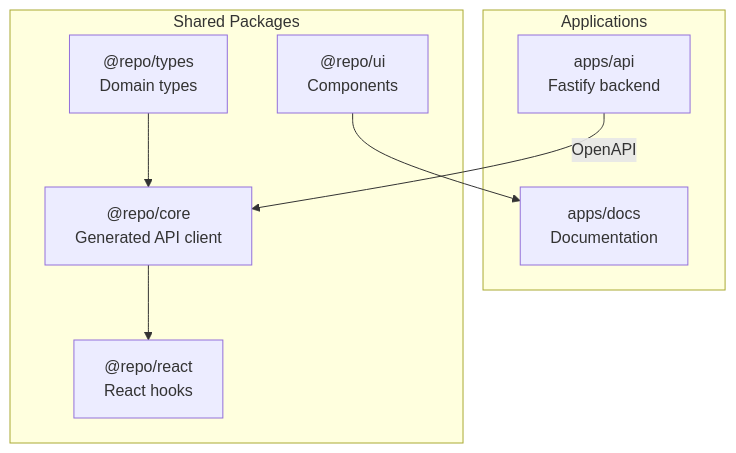
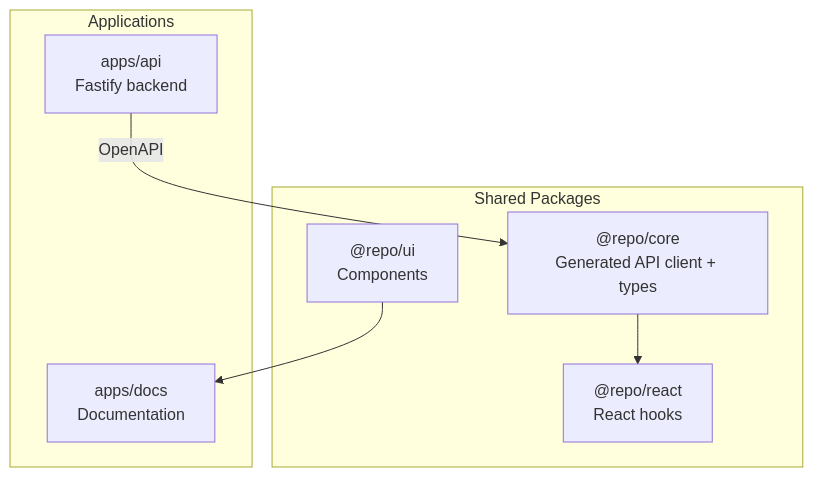
The diagram in apps/docs/content/docs/getting-started.mdx (blockmatic/basilic-evm), drawn with Mermaid before and after one commit. The commit also changed other lines of this file and 36 other files, not shown here.

Commit message:
refactor: schema workflow

````diff
--- a/apps/docs/content/docs/getting-started.mdx
+++ b/apps/docs/content/docs/getting-started.mdx
@@ -65,19 +65,17 @@
 ```mermaid
 flowchart TB
   subgraph Apps["Applications"]
     API["apps/api<br/>Fastify backend"]
     Docs["apps/docs<br/>Documentation"]
   end
 
   subgraph Packages["Shared Packages"]
-    Types["@repo/types<br/>Domain types"]
-    Core["@repo/core<br/>Generated API client"]
+    Core["@repo/core<br/>Generated API client + types"]
     React["@repo/react<br/>React hooks"]
     UI["@repo/ui<br/>Components"]
   end
 
-  Types --> Core
   Core --> React
   API -->|OpenAPI| Core
   UI --> Docs
 ```
````
